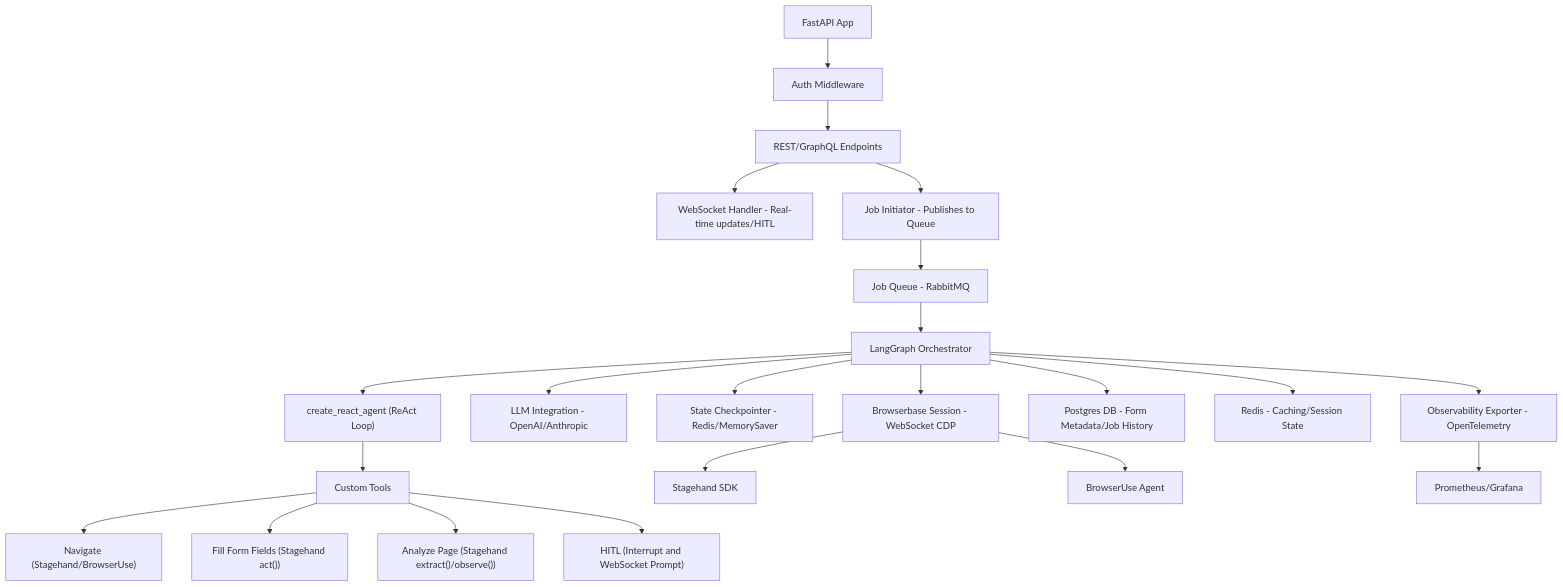
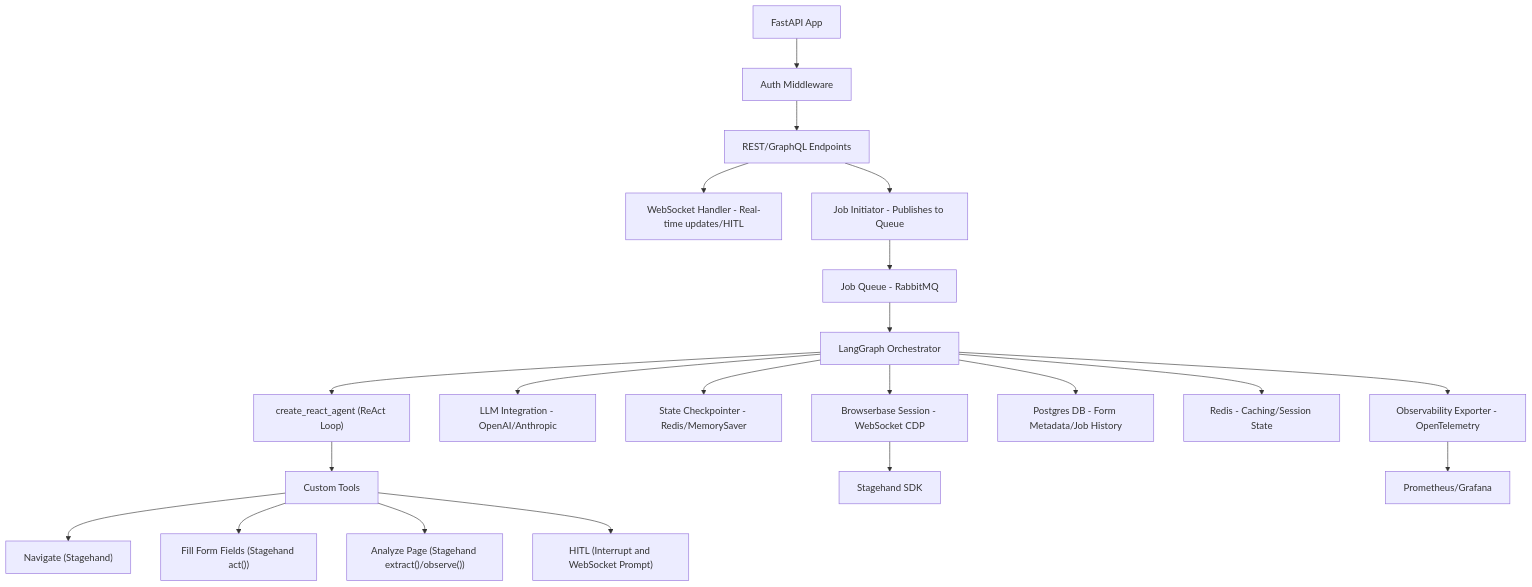
One commit to kanishk-jain-01/web-form-scraper-application changed the second of 2 diagrams in _docs/design.md. Above: the diagram before and after it, drawn with Mermaid. The commit also changed other lines of this file and 8 other files, not shown here.

````diff
--- a/_docs/design.md
+++ b/_docs/design.md
@@ -152,30 +152,29 @@
 ```mermaid
 graph TD
     A[FastAPI App] --> B[Auth Middleware]
     B --> C[REST/GraphQL Endpoints]
     C --> D[WebSocket Handler - Real-time updates/HITL]
     C --> E[Job Initiator - Publishes to Queue]
 
     E --> F[Job Queue - RabbitMQ]
 
     F --> G[LangGraph Orchestrator]
     G --> H["create_react_agent (ReAct Loop)"]
     H --> I[Custom Tools]
-    I --> J["Navigate (Stagehand/BrowserUse)"]
+    I --> J["Navigate (Stagehand)"]
     I --> K["Fill Form Fields (Stagehand act())"]
     I --> L["Analyze Page (Stagehand extract()/observe())"]
     I --> M["HITL (Interrupt and WebSocket Prompt)"]
 
     G --> N[LLM Integration - OpenAI/Anthropic]
     G --> O[State Checkpointer - Redis/MemorySaver]
 
     G --> P[Browserbase Session - WebSocket CDP]
     P --> Q[Stagehand SDK]
-    P --> R[BrowserUse Agent]
 
     G --> S[Postgres DB - Form Metadata/Job History]
     G --> T[Redis - Caching/Session State]
 
     G --> U[Observability Exporter - OpenTelemetry]
     U --> V[Prometheus/Grafana]
 ```
````
